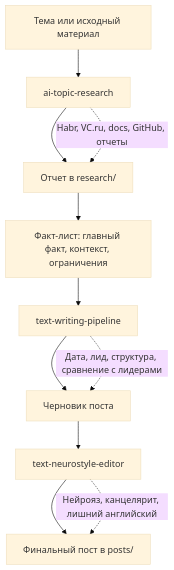
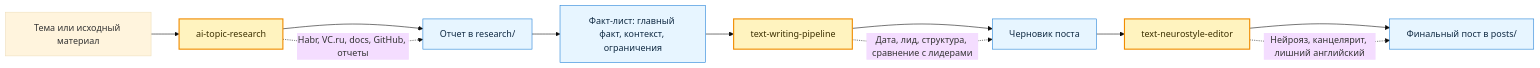
Before and after one commit to serejaris/ai-news-bot: the diagram in README.md, drawn with Mermaid (base theme).

Commit message:
Update pipeline diagram orientation

````diff
--- a/README.md
+++ b/README.md
@@ -57,14 +57,19 @@
 ```mermaid
-flowchart TD
+flowchart LR
     A["Тема или исходный материал"] --> B["ai-topic-research"]
     B --> C["Отчет в research/"]
     C --> D["Факт-лист: главный факт, контекст, ограничения"]
     D --> E["text-writing-pipeline"]
     E --> F["Черновик поста"]
     F --> G["text-neurostyle-editor"]
     G --> H["Финальный пост в posts/"]
 
     B -. "Habr, VC.ru, docs, GitHub, отчеты" .-> C
     E -. "Дата, лид, структура, сравнение с лидерами" .-> F
     G -. "Нейрояз, канцелярит, лишний английский" .-> H
+
+    classDef subagent fill:#fff3bf,stroke:#f08c00,stroke-width:2px,color:#3b2f00;
+    classDef artifact fill:#e7f5ff,stroke:#1c7ed6,stroke-width:1px,color:#102a43;
+    class B,E,G subagent;
+    class C,D,F,H artifact;
 ```
````
